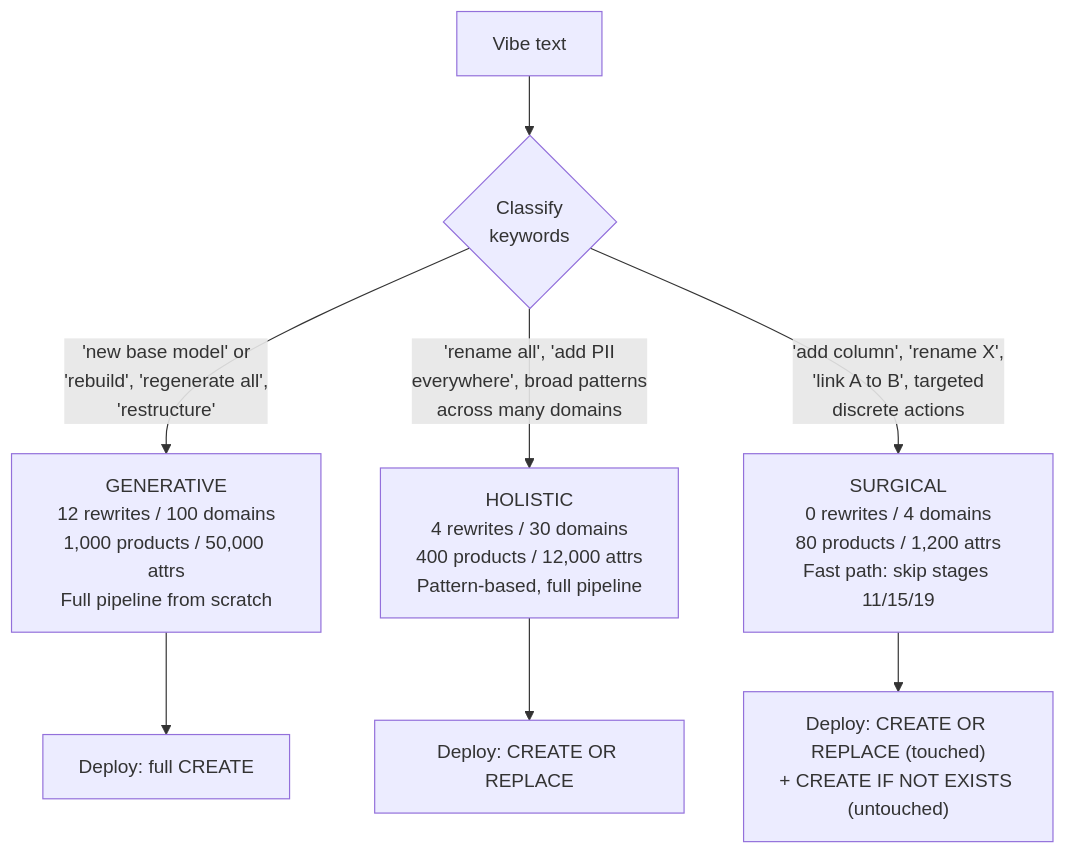
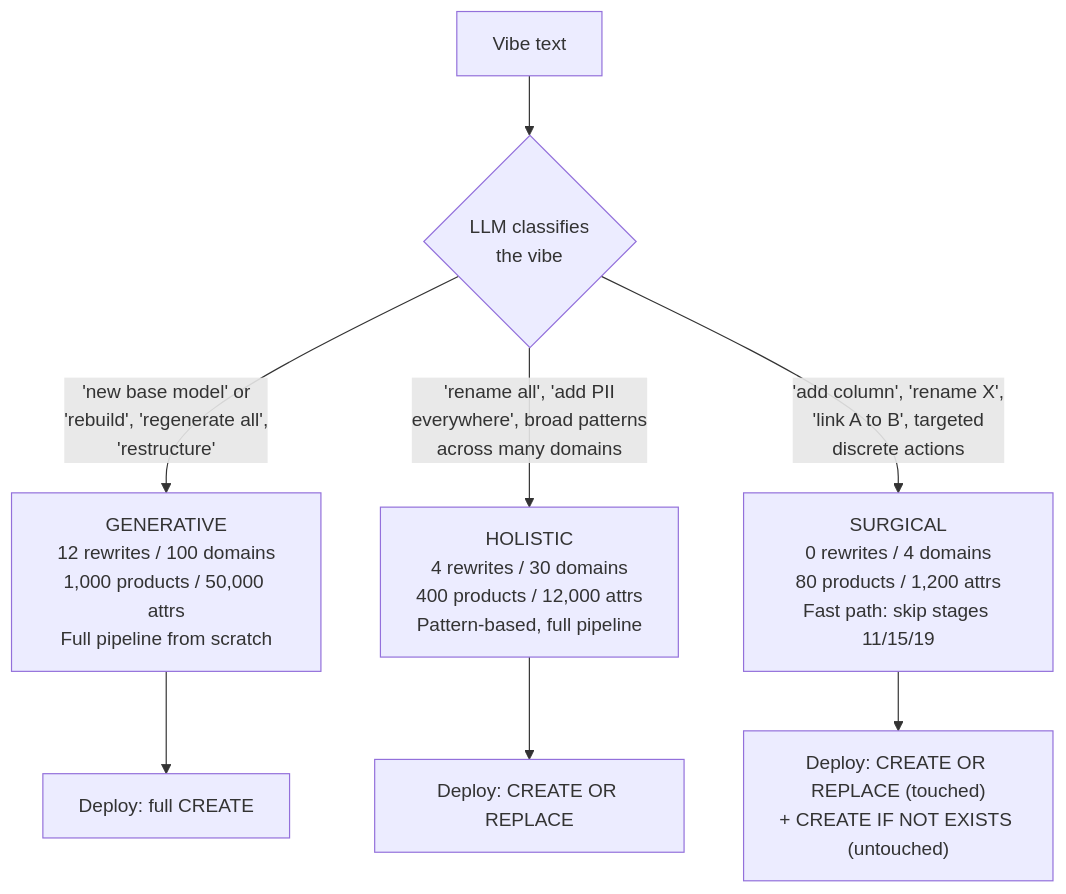
The ninth of 10 diagrams in model-agent/docs/design-guide.md (alexxx-db/lakehouse-business-data-models), drawn with Mermaid before and after one commit. The commit also changed other lines of this file and 2 other files, not shown here.

First line of the commit message:
docs: vibe text is read only by the LLM; rule QGATE-RUL-026; function index cleanup

````diff
--- a/model-agent/docs/design-guide.md
+++ b/model-agent/docs/design-guide.md
@@ -1660,10 +1660,10 @@
 ```mermaid
 flowchart TD
-    V["Vibe text"] --> CHK{"Classify<br/>keywords"}
+    V["Vibe text"] --> CHK{"LLM classifies<br/>the vibe"}
     CHK -->|"'new base model' or<br/>'rebuild', 'regenerate all',<br/>'restructure'"| GEN["GENERATIVE<br/>12 rewrites / 100 domains<br/>1,000 products / 50,000 attrs<br/>Full pipeline from scratch"]
     CHK -->|"'rename all', 'add PII<br/>everywhere', broad patterns<br/>across many domains"| HOL["HOLISTIC<br/>4 rewrites / 30 domains<br/>400 products / 12,000 attrs<br/>Pattern-based, full pipeline"]
     CHK -->|"'add column', 'rename X',<br/>'link A to B', targeted<br/>discrete actions"| SURG["SURGICAL<br/>0 rewrites / 4 domains<br/>80 products / 1,200 attrs<br/>Fast path: skip stages 11/15/19"]
     GEN --> DEPLOY["Deploy: full CREATE"]
     HOL --> DEPLOY2["Deploy: CREATE OR REPLACE"]
     SURG --> DEPLOY3["Deploy: CREATE OR REPLACE (touched)<br/>+ CREATE IF NOT EXISTS (untouched)"]
 ```
````
